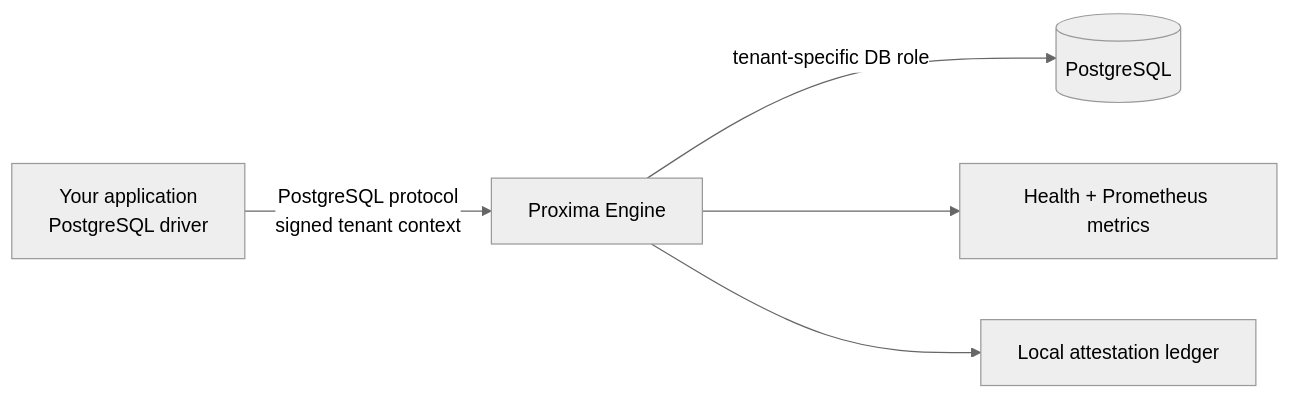
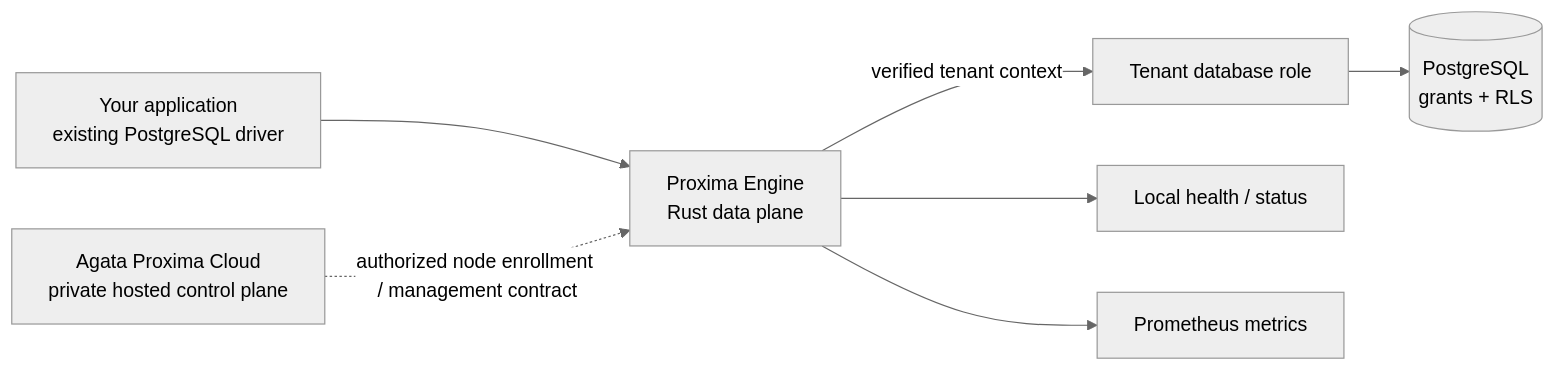
The diagram in README.md (Agata-Proxima/proxima-engine), drawn with Mermaid (neutral theme) before and after one commit. The commit also changed other lines of this file and 15 other files, not shown here.

````diff
--- a/README.md
+++ b/README.md
@@ -67,7 +30,9 @@
 ```mermaid
 flowchart LR
-  A["Your application<br/>PostgreSQL driver"] -->|"PostgreSQL protocol<br/>signed tenant context"| E["Proxima Engine"]
-  E -->|"tenant-specific DB role"| P[("PostgreSQL")]
-  E --> M["Health + Prometheus metrics"]
-  E --> L["Local attestation ledger"]
+    U["Your application<br/>existing PostgreSQL driver"] --> E["Proxima Engine<br/>Rust data plane"]
+    E -->|verified tenant context| R["Tenant database role"]
+    R --> P[("PostgreSQL<br/>grants + RLS")]
+    E --> H["Local health / status"]
+    E --> M["Prometheus metrics"]
+    C["Agata Proxima Cloud<br/>private hosted control plane"] -. "authorized node enrollment / management contract" .-> E
 ```
````
